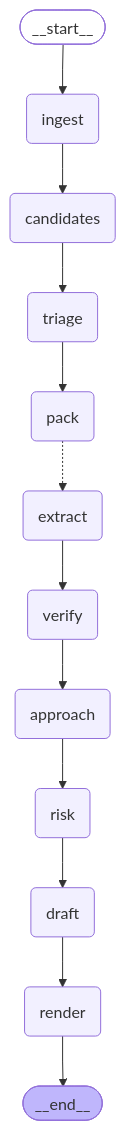
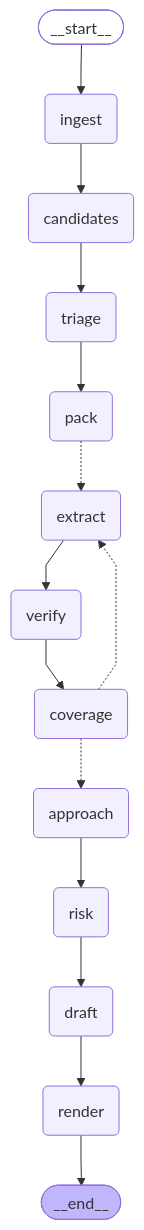
The diagram in docs/agents.md (chouaibhoues-code/bidwright-rfp-agent), drawn with Mermaid before and after one commit. The commit also changed 5 other files, not shown here.

````diff
--- a/docs/agents.md
+++ b/docs/agents.md
@@ -53,34 +53,37 @@
 ```mermaid
 ---
 config:
   flowchart:
     curve: linear
 ---
 graph TD;
 	__start__([<p>__start__</p>]):::first
 	ingest(ingest)
 	candidates(candidates)
 	triage(triage)
 	pack(pack)
 	extract(extract)
 	verify(verify)
+	coverage(coverage)
 	approach(approach)
 	risk(risk)
 	draft(draft)
 	render(render)
 	__end__([<p>__end__</p>]):::last
 	__start__ --> ingest;
 	approach --> risk;
 	candidates --> triage;
+	coverage -.-> approach;
+	coverage -.-> extract;
 	draft --> render;
 	extract --> verify;
 	ingest --> candidates;
 	pack -.-> extract;
 	risk --> draft;
 	triage --> pack;
-	verify --> approach;
+	verify --> coverage;
 	render --> __end__;
 	classDef default fill:#f2f0ff,line-height:1.2
 	classDef first fill-opacity:0
 	classDef last fill:#bfb6fc
 ```
````
